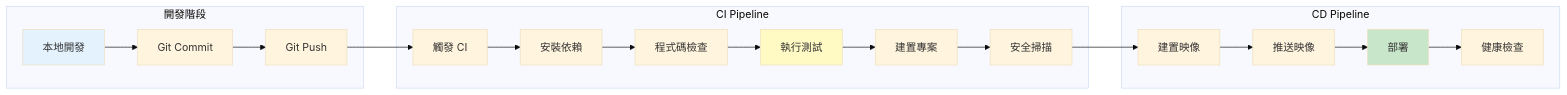
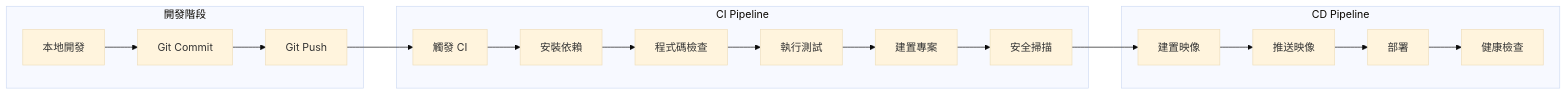
One commit to tboydar/service-booking-api changed diagram 14 of 23 in README.md. Above: the diagram before and after it, drawn with Mermaid (base theme). The commit also changed other lines of this file and 2 other files, not shown here.

````diff
--- a/README.md
+++ b/README.md
@@ -1003,40 +973,37 @@
 ```mermaid
 flowchart LR
     subgraph "開發階段"
         Dev[本地開發]
         Commit[Git Commit]
         Push[Git Push]
     end
 
     subgraph "CI Pipeline"
         Trigger[觸發 CI]
         Install[安裝依賴]
         Lint[程式碼檢查]
         Test[執行測試]
         Build[建置專案]
         Security[安全掃描]
     end
 
     subgraph "CD Pipeline"
         Docker[建置映像]
         Registry[推送映像]
         Deploy[部署]
         Health[健康檢查]
     end
 
     Dev --> Commit --> Push
     Push --> Trigger
     Trigger --> Install
     Install --> Lint
     Lint --> Test
     Test --> Build
     Build --> Security
     Security --> Docker
     Docker --> Registry
     Registry --> Deploy
     Deploy --> Health
 
-    style Dev fill:#e3f2fd
-    style Test fill:#fff9c4
-    style Deploy fill:#c8e6c9
 ```
````
